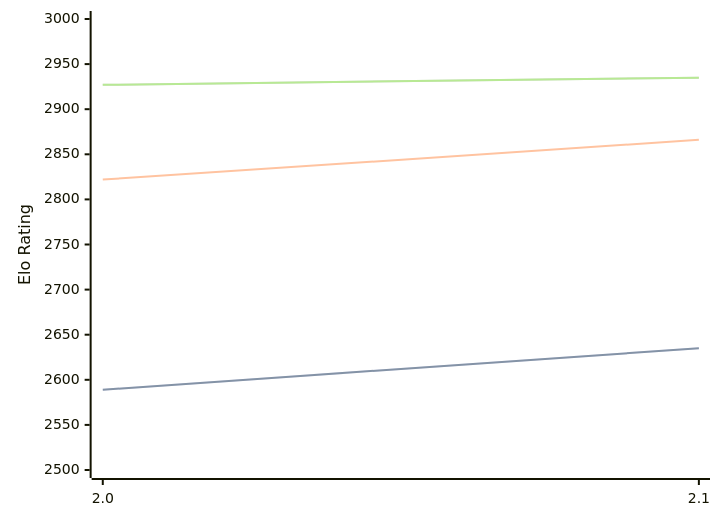
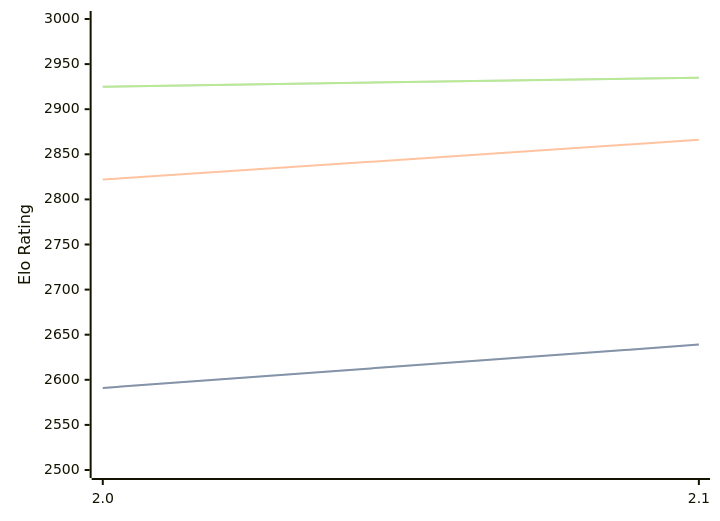
One commit to computer-chess-index/cci changed the diagram in engines/Noggin.md. Above: the diagram before and after it, drawn with Mermaid. The commit also changed other lines of this file, not shown here.

Commit message:
Update CCI Ratings (ELO VLTC) - 2026-08-10

````diff
--- a/engines/Noggin.md
+++ b/engines/Noggin.md
@@ -33,11 +33,11 @@
 ```mermaid
 %%{init: {"theme":"base","themeVariables":{"seriesColors:['#a3a3a3','#222221','#faa371']}}}%%
 xychart-beta
   x-axis ["2.0", "2.1"]
   y-axis "Elo Rating" 2500 --> 3000
-  line "STC (8.0+0.08s)" [2589, 2635]
-  line "STC (8.0+0.08s)" [2589, 2635]
+  line "STC (8.0+0.08s)" [2591, 2639]
+  line "STC (8.0+0.08s)" [2591, 2639]
   line "LTC (60.0+0.60s)" [2822, 2866]
-  line "VLTC (2m24s+1.12s)" [2927, 2935]
-  line "VLTC (2m24s+1.12s)" [2927, 2935]
+  line "VLTC (2m24s+1.12s)" [2925, 2935]
+  line "VLTC (2m24s+1.12s)" [2925, 2935]
 ```
````
